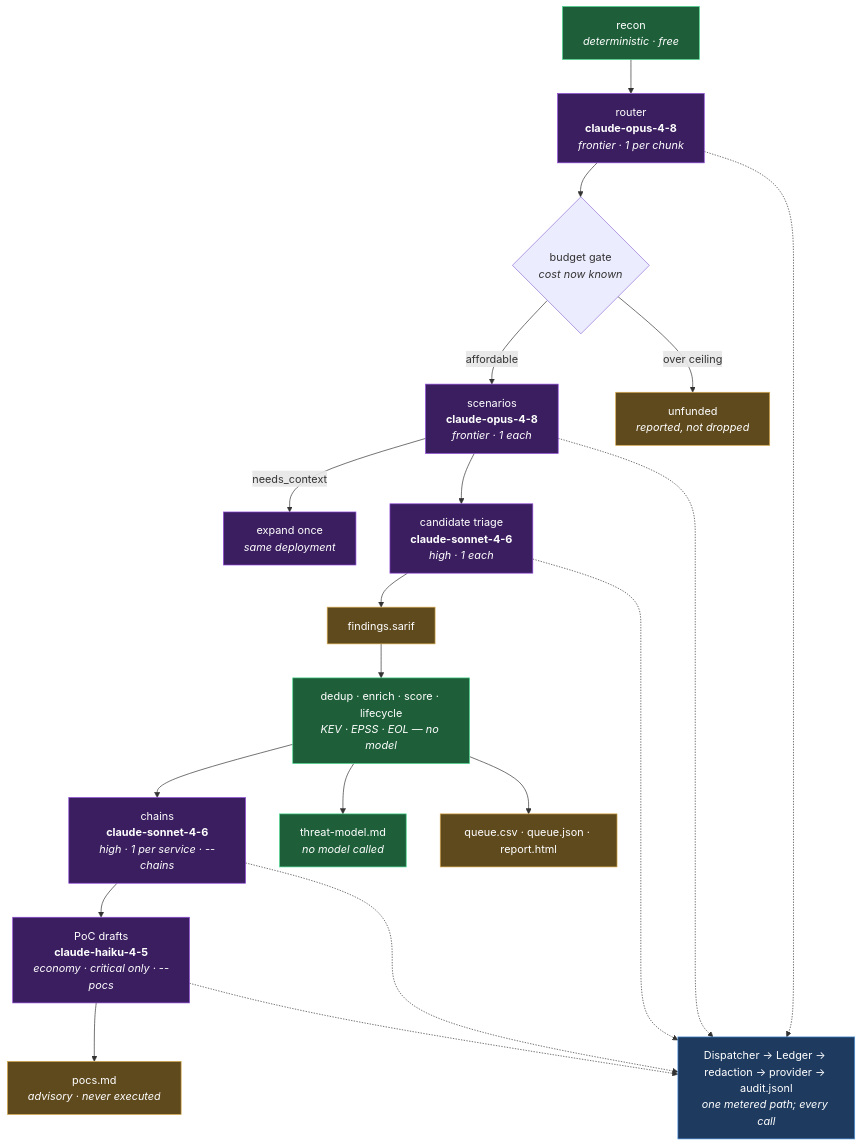
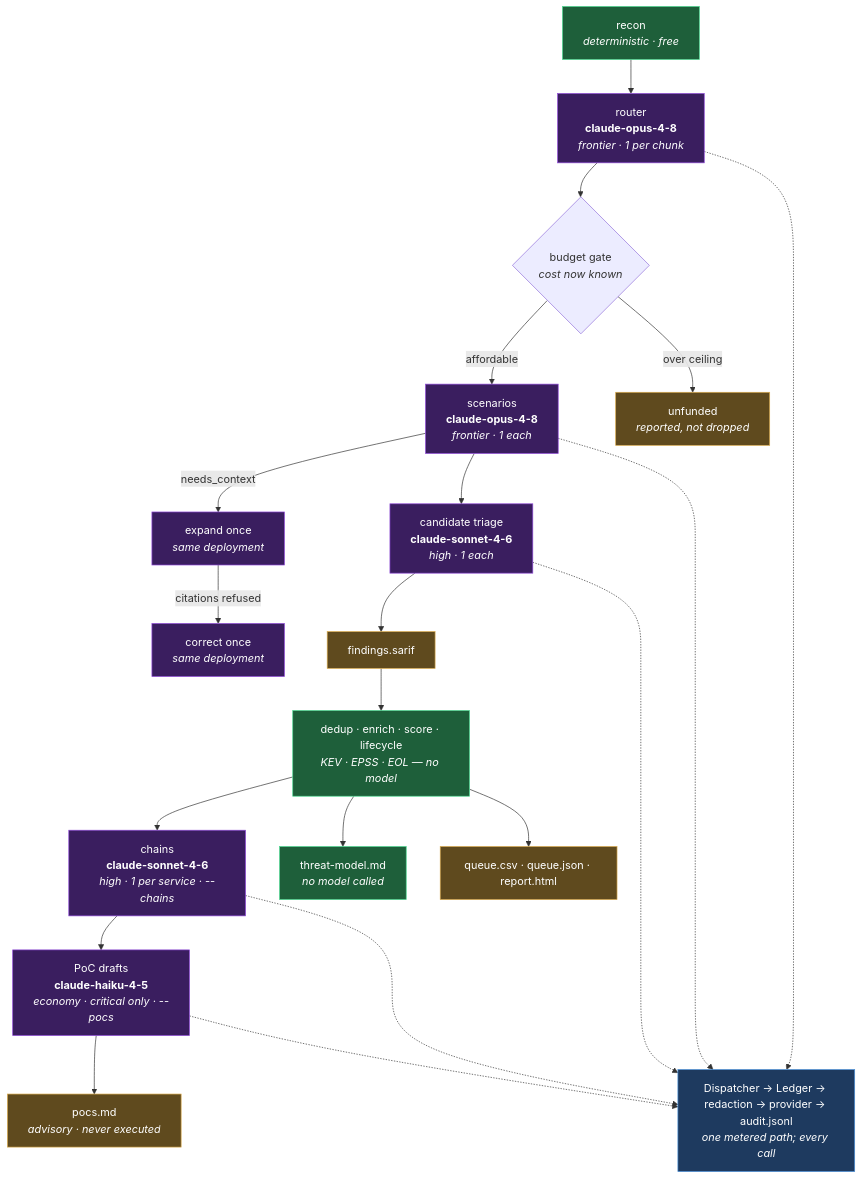
The first of 3 diagrams in docs/MODELS.md (mfmiguez-oss/codescan-engagement), drawn with Mermaid before and after one commit. The commit also changed other lines of this file and 10 other files, not shown here.

First line of the commit message:
fix: resolve context expansion by symbol, and correct a refused citation

````diff
--- a/docs/MODELS.md
+++ b/docs/MODELS.md
@@ -95,30 +96,31 @@
 ```mermaid
 flowchart TB
   classDef det fill:#1e5f3a,stroke:#4ad990,color:#fff
   classDef ai fill:#3a1e5f,stroke:#904ad9,color:#fff
   classDef art fill:#5f4a1e,stroke:#d9a94a,color:#fff
   classDef prov fill:#1e3a5f,stroke:#4a90d9,color:#fff
 
   RECON["recon<br/><i>deterministic · free</i>"]:::det
   RECON --> ROUTER["router<br/><b>claude-opus-4-8</b><br/><i>frontier · 1 per chunk</i>"]:::ai
   ROUTER --> GATE{"budget gate<br/><i>cost now known</i>"}
   GATE -->|"affordable"| SCEN["scenarios<br/><b>claude-opus-4-8</b><br/><i>frontier · 1 each</i>"]:::ai
   GATE -->|"over ceiling"| UNFUND["unfunded<br/><i>reported, not dropped</i>"]:::art
   SCEN -->|"needs_context"| EXP["expand once<br/><i>same deployment</i>"]:::ai
+  EXP -->|"citations refused"| FIX["correct once<br/><i>same deployment</i>"]:::ai
   SCEN --> TRIAGE["candidate triage<br/><b>claude-sonnet-4-6</b><br/><i>high · 1 each</i>"]:::ai
   TRIAGE --> SARIF["findings.sarif"]:::art
 
   SARIF --> QUEUE["dedup · enrich · score · lifecycle<br/><i>KEV · EPSS · EOL — no model</i>"]:::det
   QUEUE --> CHAINS["chains<br/><b>claude-sonnet-4-6</b><br/><i>high · 1 per service · --chains</i>"]:::ai
   QUEUE --> TM["threat-model.md<br/><i>no model called</i>"]:::det
   CHAINS --> POC["PoC drafts<br/><b>claude-haiku-4-5</b><br/><i>economy · critical only · --pocs</i>"]:::ai
   QUEUE --> OUT["queue.csv · queue.json · report.html"]:::art
   POC --> MD["pocs.md<br/><i>advisory · never executed</i>"]:::art
 
   ROUTER -.-> DISP
   SCEN -.-> DISP
   TRIAGE -.-> DISP
   CHAINS -.-> DISP
   POC -.-> DISP
   DISP["Dispatcher → Ledger → redaction → provider → audit.jsonl<br/><i>one metered path; every call</i>"]:::prov
 ```
````
